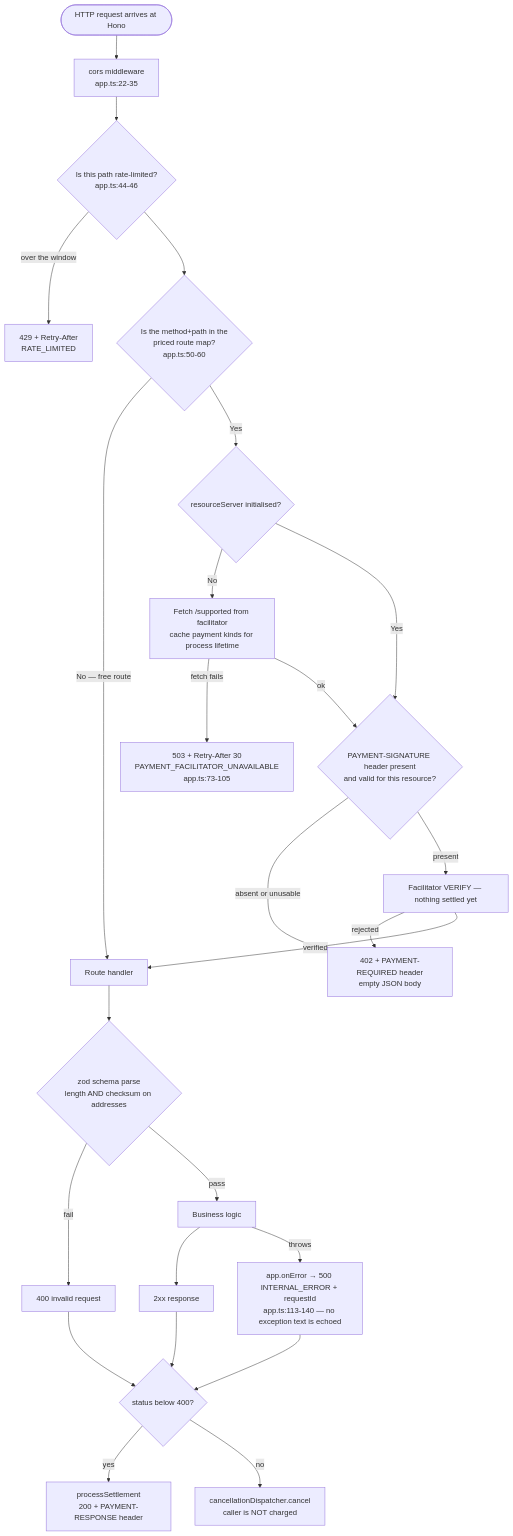
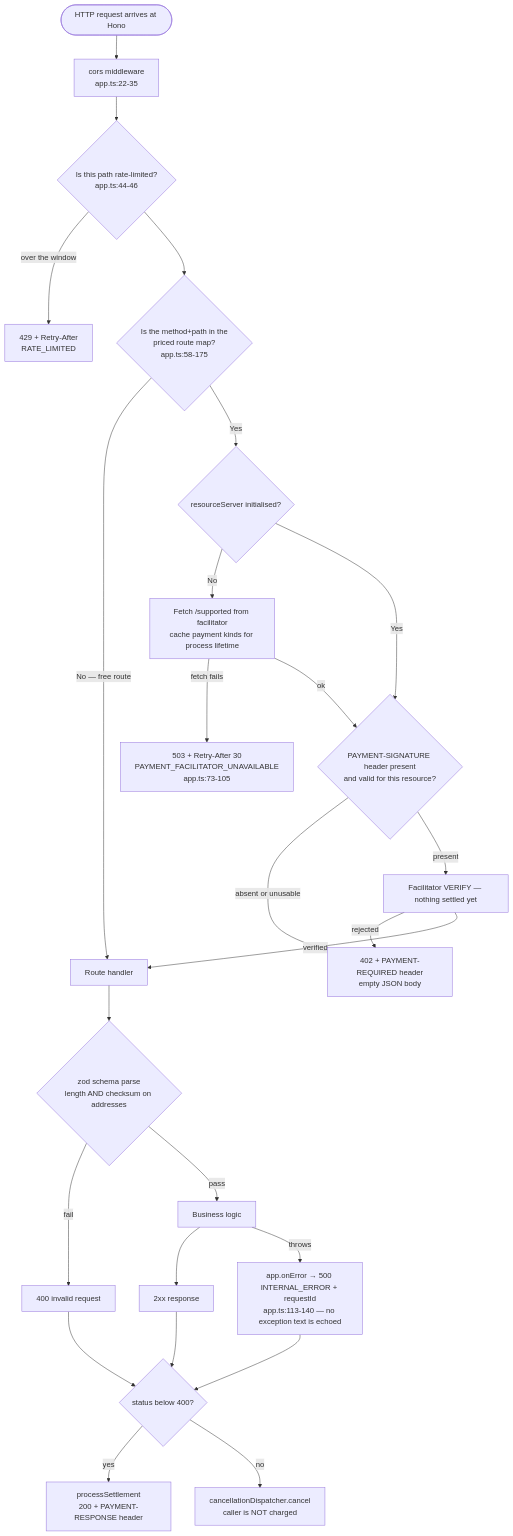
Before and after one commit to Hydra-Of-Malice/Medrail: the third of 3 diagrams in docs/03_Architecture/System_Architecture.md, drawn with Mermaid. The commit also changed other lines of this file and 55 other files, not shown here.

````diff
--- a/docs/03_Architecture/System_Architecture.md
+++ b/docs/03_Architecture/System_Architecture.md
@@ -220,27 +251,27 @@
 ```mermaid
 flowchart TD
     A(["HTTP request arrives at Hono"]) --> B["cors middleware<br/>app.ts:22-35"]
     B --> RL{"Is this path rate-limited?<br/>app.ts:44-46"}
     RL -->|"over the window"| RL429["429 + Retry-After<br/>RATE_LIMITED"]
-    RL --> C{"Is the method+path in the<br/>priced route map?<br/>app.ts:50-60"}
+    RL --> C{"Is the method+path in the<br/>priced route map?<br/>app.ts:58-175"}
     C -->|"No — free route"| H["Route handler"]
     C -->|"Yes"| D{"resourceServer initialised?"}
     D -->|"No"| E["Fetch /supported from facilitator<br/>cache payment kinds for process lifetime"]
     E -->|"fetch fails"| E2["503 + Retry-After 30<br/>PAYMENT_FACILITATOR_UNAVAILABLE<br/>app.ts:73-105"]
     E -->|"ok"| F
     D -->|"Yes"| F{"PAYMENT-SIGNATURE header present<br/>and valid for this resource?"}
     F -->|"absent or unusable"| G["402 + PAYMENT-REQUIRED header<br/>empty JSON body"]
     F -->|"present"| I["Facilitator VERIFY — nothing settled yet"]
     I -->|"rejected"| G
     I -->|"verified"| H
     H --> J{"zod schema parse<br/>length AND checksum on addresses"}
     J -->|"fail"| K["400 invalid request"]
     J -->|"pass"| L["Business logic"]
     L --> M["2xx response"]
     L -->|"throws"| N["app.onError → 500 INTERNAL_ERROR + requestId<br/>app.ts:113-140 — no exception text is echoed"]
     M --> S{"status below 400?"}
     K --> S
     N --> S
     S -->|"yes"| SET["processSettlement<br/>200 + PAYMENT-RESPONSE header"]
     S -->|"no"| CAN["cancellationDispatcher.cancel<br/>caller is NOT charged"]
 ```
````
